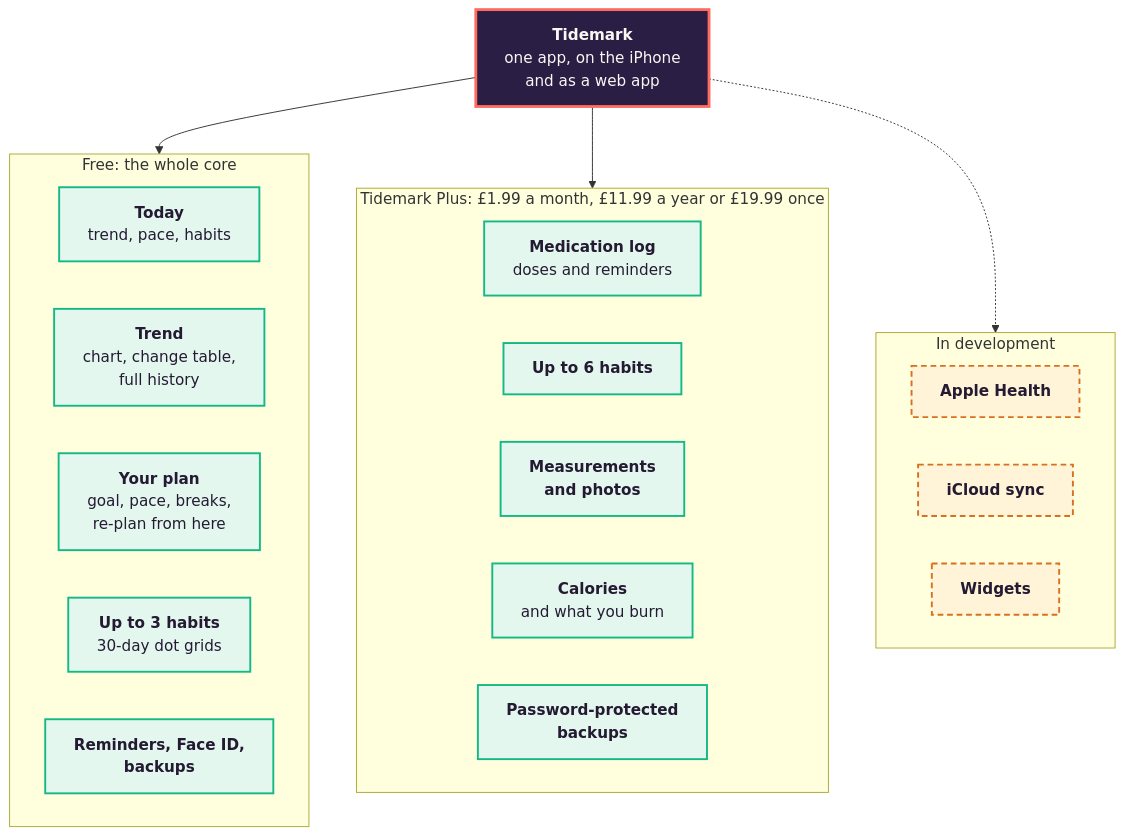
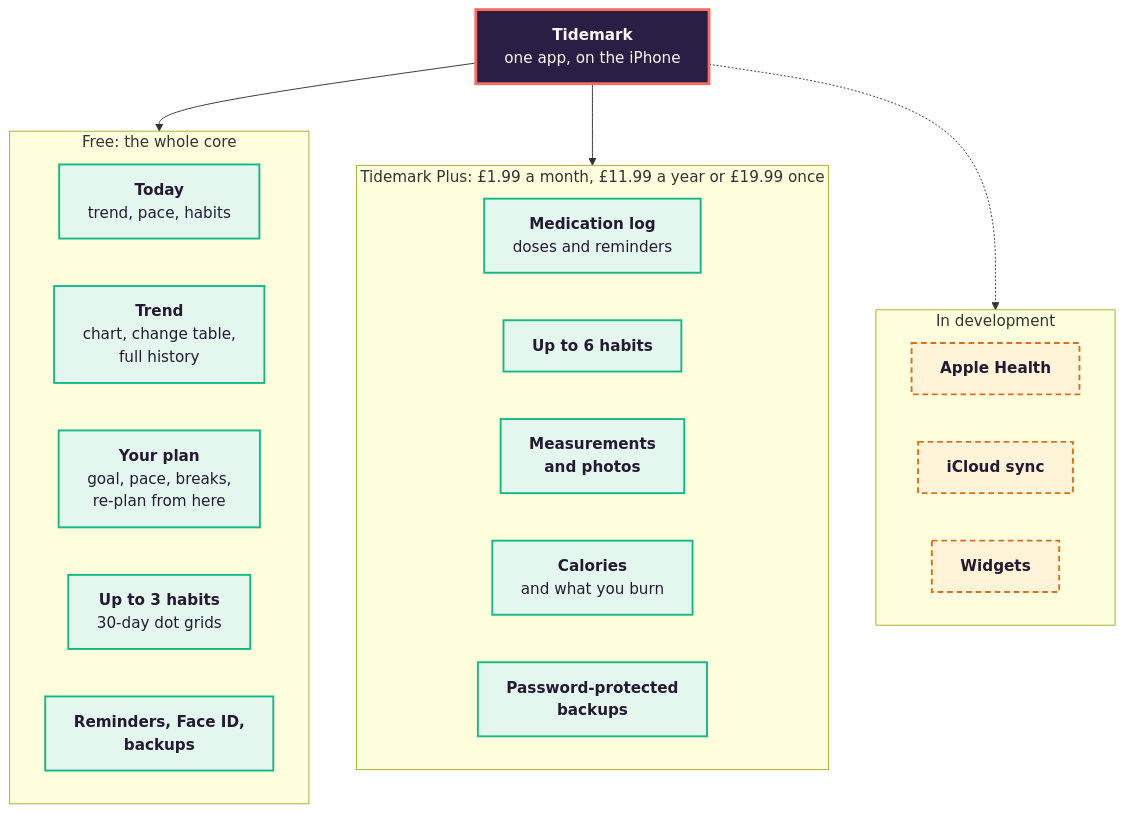
One commit to yameenbux/Tracker changed the diagram in assets/diagrams/02-free-and-plus.mmd. Above: the diagram before and after it, drawn with Mermaid. The commit also changed 10 other files, not shown here.

```diff
--- a/assets/diagrams/02-free-and-plus.mmd
+++ b/assets/diagrams/02-free-and-plus.mmd
@@ -1,39 +1,39 @@
 flowchart TB
-    APP["<b>Tidemark</b><br/>one app, on the iPhone<br/>and as a web app"]
+    APP["<b>Tidemark</b><br/>one app, on the iPhone"]
 
     subgraph FREE["Free: the whole core"]
         direction LR
         F1["<b>Today</b><br/>trend, pace, habits"]
         F2["<b>Trend</b><br/>chart, change table,<br/>full history"]
         F3["<b>Your plan</b><br/>goal, pace, breaks,<br/>re-plan from here"]
         F4["<b>Up to 3 habits</b><br/>30-day dot grids"]
         F5["<b>Reminders, Face ID,<br/>backups</b>"]
     end
 
     subgraph PLUS["Tidemark Plus: £1.99 a month, £11.99 a year or £19.99 once"]
         direction LR
         P1["<b>Medication log</b><br/>doses and reminders"]
         P2["<b>Up to 6 habits</b>"]
         P3["<b>Measurements<br/>and photos</b>"]
         P4["<b>Calories</b><br/>and what you burn"]
         P5["<b>Password-protected<br/>backups</b>"]
     end
 
     subgraph NEXT["In development"]
         direction LR
         N1["<b>Apple Health</b>"]
         N2["<b>iCloud sync</b>"]
         N3["<b>Widgets</b>"]
     end
 
     APP --> FREE
     APP --> PLUS
     APP -.-> NEXT
 
     classDef core fill:#2A1E45,stroke:#FF6B5E,stroke-width:3px,color:#FBF7F3
     classDef live fill:#E4F7EF,stroke:#12B886,stroke-width:2px,color:#241B33
     classDef dev fill:#FFF3D8,stroke:#D9701F,stroke-width:2px,stroke-dasharray:6 4,color:#241B33
     classDef ext fill:#F0E8E0,stroke:#8F8276,stroke-width:1.5px,color:#241B33
     class APP core
     class F1,F2,F3,F4,F5,P1,P2,P3,P4,P5 live
     class N1,N2,N3 dev
```
